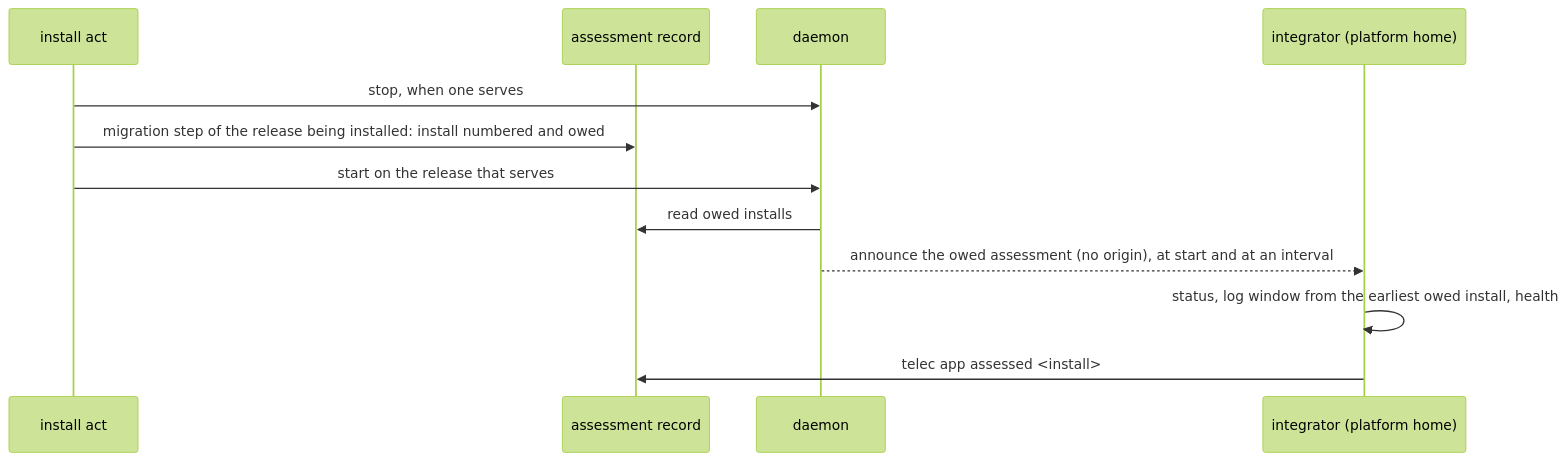
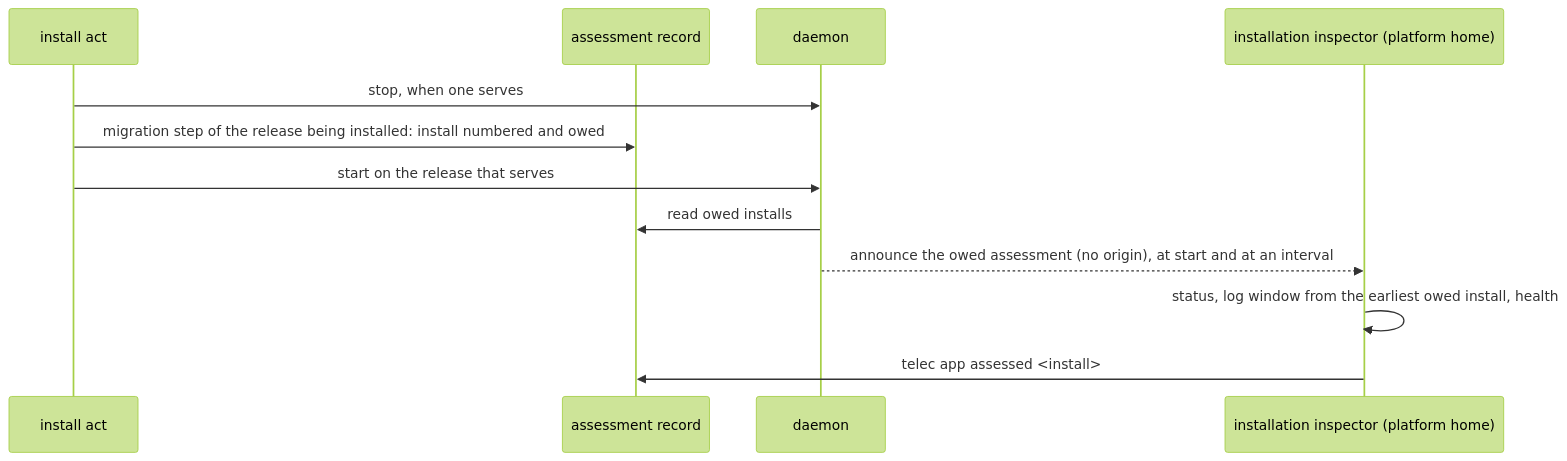
Before and after one commit to InstruktAI/TeleClaude: the third of 3 diagrams in docs/local/design/architecture/installation.md, drawn with Mermaid (forest theme). The commit also changed other lines of this file and 5 other files, not shown here.

````diff
--- a/docs/local/design/architecture/installation.md
+++ b/docs/local/design/architecture/installation.md
@@ -226,14 +226,14 @@
 ```mermaid
 sequenceDiagram
   participant Rec as install act
   participant IR as assessment record
   participant D as daemon
-  participant I as integrator (platform home)
+  participant I as installation inspector (platform home)
   Rec->>D: stop, when one serves
   Rec->>IR: migration step of the release being installed: install numbered and owed
   Rec->>D: start on the release that serves
   D->>IR: read owed installs
   D-->>I: announce the owed assessment (no origin), at start and at an interval
   I->>I: status, log window from the earliest owed install, health
   I->>IR: telec app assessed <install>
 ```
````
